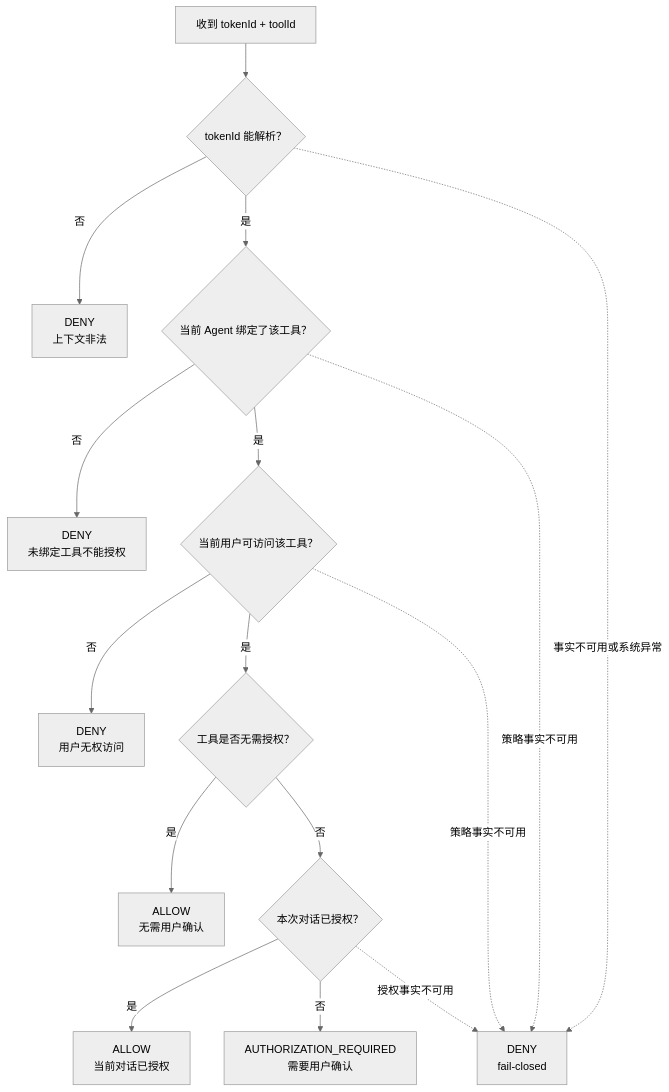
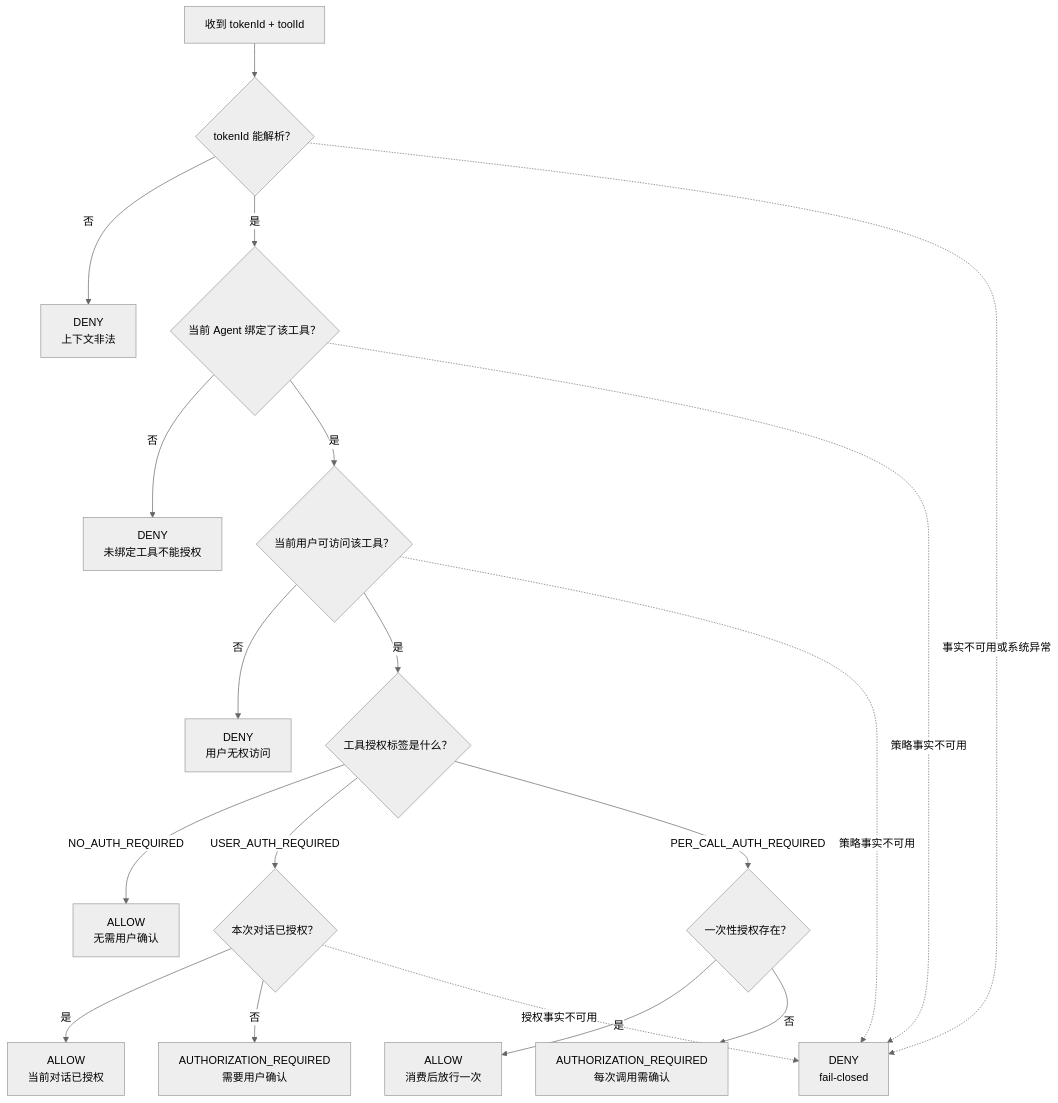
Before and after one commit to xuning117634-ux/agent-auth-design: the fifth of 6 diagrams in docs/07-drb/03-policy-center-decision-model.md, drawn with Mermaid (neutral theme). The commit also changed other lines of this file and 31 other files, not shown here.

Commit message:
feat: support per-call authorization mode

````diff
--- a/docs/07-drb/03-policy-center-decision-model.md
+++ b/docs/07-drb/03-policy-center-decision-model.md
@@ -120,19 +123,22 @@
 ```mermaid
 flowchart TD
     start["收到 tokenId + toolId"] --> token{"tokenId 能解析？"}
     token -->|"否"| denyToken["DENY<br/>上下文非法"]
     token -->|"是"| bound{"当前 Agent 绑定了该工具？"}
     bound -->|"否"| denyBound["DENY<br/>未绑定工具不能授权"]
     bound -->|"是"| userAccess{"当前用户可访问该工具？"}
     userAccess -->|"否"| denyUser["DENY<br/>用户无权访问"]
-    userAccess -->|"是"| mode{"工具是否无需授权？"}
-    mode -->|"是"| allowNoAuth["ALLOW<br/>无需用户确认"]
-    mode -->|"否"| grant{"本次对话已授权？"}
+    userAccess -->|"是"| mode{"工具授权标签是什么？"}
+    mode -->|"NO_AUTH_REQUIRED"| allowNoAuth["ALLOW<br/>无需用户确认"]
+    mode -->|"USER_AUTH_REQUIRED"| grant{"本次对话已授权？"}
+    mode -->|"PER_CALL_AUTH_REQUIRED"| perCall{"一次性授权存在？"}
     grant -->|"是"| allowGrant["ALLOW<br/>当前对话已授权"]
     grant -->|"否"| required["AUTHORIZATION_REQUIRED<br/>需要用户确认"]
+    perCall -->|"是"| allowPerCall["ALLOW<br/>消费后放行一次"]
+    perCall -->|"否"| requiredPerCall["AUTHORIZATION_REQUIRED<br/>每次调用需确认"]
 
     token -.->|"事实不可用或系统异常"| fail["DENY<br/>fail-closed"]
     bound -.->|"策略事实不可用"| fail
     userAccess -.->|"策略事实不可用"| fail
     grant -.->|"授权事实不可用"| fail
 ```
````
